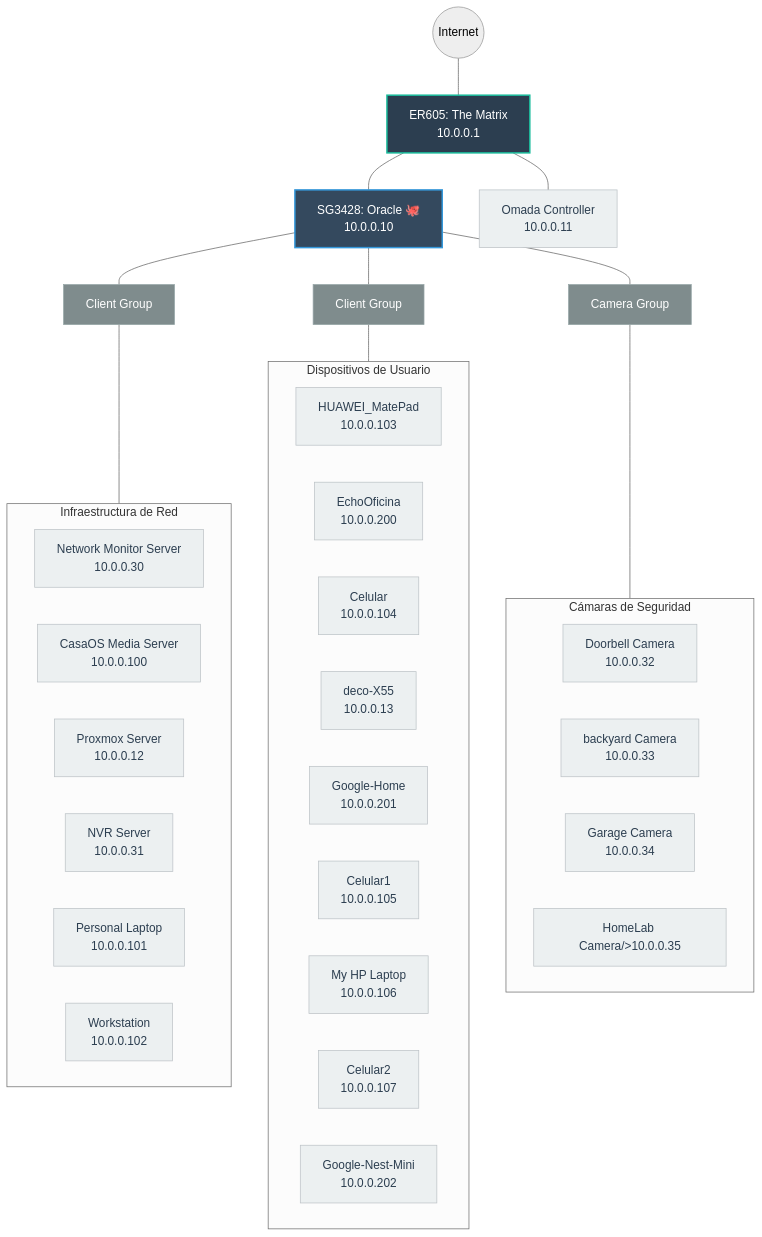
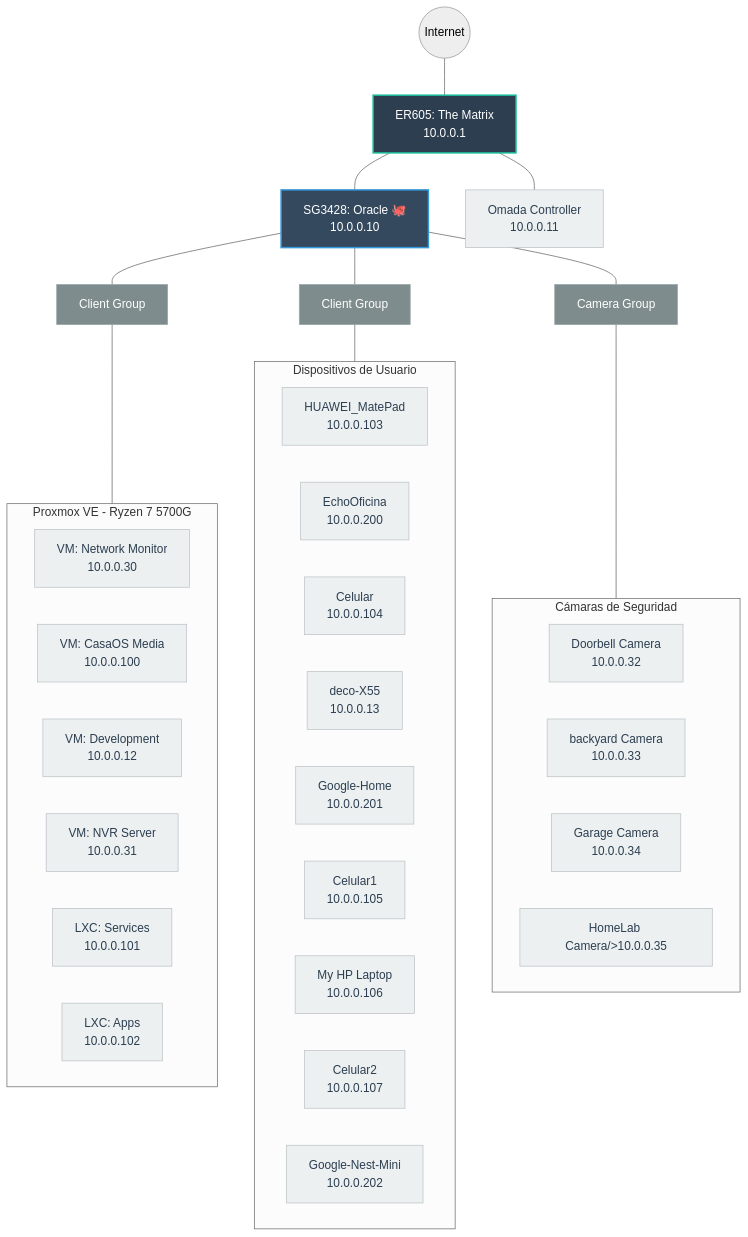
Before and after one commit to devlewiso/homelab-architecture: the diagram in diagrams/network-topology.mmd, drawn with Mermaid (neutral theme). The commit also changed 1 other file, not shown here.

Commit message:
Subiendo arquitectura v2 proxmox head updated

```diff
--- a/diagrams/network-topology.mmd
+++ b/diagrams/network-topology.mmd
@@ -1,56 +1,56 @@
 %% Archivo: diagrams/network-topology.mmd
 %% Descripción: Topología física de red del homelab
 %% Basado en la infraestructura real con The Matrix (ER605) como router principal
 
 graph TD
     %% Estilos de hardware Omada
     classDef router fill:#2c3e50,stroke:#1abc9c,stroke-width:2px,color:#fff
     classDef switch fill:#34495e,stroke:#3498db,stroke-width:2px,color:#fff
     classDef device fill:#ecf0f1,stroke:#bdc3c7,color:#2c3e50
     classDef group fill:#7f8c8d,stroke:#95a5a6,color:#fff
 
     %% Nivel de Entrada
     WAN1((Internet)) --- TheMatrix["ER605: The Matrix<br/>10.0.0.1"]:::router
 
     %% Distribución Core
     TheMatrix --- Oracle["SG3428: Oracle 🐙<br/>10.0.0.10"]:::switch
     TheMatrix --- Controller["Omada Controller<br/>10.0.0.11"]:::device
 
     %% Grupos de Red
     Oracle --- ClientGroup1[Client Group]:::group
     Oracle --- ClientGroup2[Client Group]:::group
     Oracle --- CameraGroup[Camera Group]:::group
 
-    %% Dispositivos - Client Group (Rama 1 - Infraestructura)
-    subgraph Clients_A [Infraestructura de Red]
-        S1["Network Monitor Server<br/>10.0.0.30"]:::device
-        S2["CasaOS Media Server<br/>10.0.0.100"]:::device
-        S3["Proxmox Server<br/>10.0.0.12"]:::device
-        S4["NVR Server<br/>10.0.0.31"]:::device
-        S5["Personal Laptop<br/>10.0.0.101"]:::device
-        S6["Workstation<br/>10.0.0.102"]:::device
+    %% Dispositivos - Client Group (Rama 1 - Proxmox VE)
+    subgraph Clients_A [Proxmox VE - Ryzen 7 5700G]
+        S1["VM: Network Monitor<br/>10.0.0.30"]:::device
+        S2["VM: CasaOS Media<br/>10.0.0.100"]:::device
+        S3["VM: Development<br/>10.0.0.12"]:::device
+        S4["VM: NVR Server<br/>10.0.0.31"]:::device
+        S5["LXC: Services<br/>10.0.0.101"]:::device
+        S6["LXC: Apps<br/>10.0.0.102"]:::device
     end
     ClientGroup1 --- Clients_A
 
     %% Dispositivos - Client Group (Rama WiFi/Personal)
     subgraph Clients_B [Dispositivos de Usuario]
         D1["HUAWEI_MatePad<br/>10.0.0.103"]:::device
         D2["EchoOficina<br/>10.0.0.200"]:::device
         D3["Celular<br/>10.0.0.104"]:::device
         D4["deco-X55<br/>10.0.0.13"]:::device
         D5["Google-Home<br/>10.0.0.201"]:::device
         D6["Celular1<br/>10.0.0.105"]:::device
         D7["My HP Laptop<br/>10.0.0.106"]:::device
         D8["Celular2<br/>10.0.0.107"]:::device
         D9["Google-Nest-Mini<br/>10.0.0.202"]:::device
     end
     ClientGroup2 --- Clients_B
 
     %% Dispositivos - Camera Group (EZVIZ)
     subgraph Cameras [Cámaras de Seguridad]
         C1["Doorbell Camera<br/>10.0.0.32"]:::device
         C2["backyard Camera<br/>10.0.0.33"]:::device
         C3["Garage Camera<br/>10.0.0.34"]:::device
         C4["HomeLab Camera/>10.0.0.35"]:::device
     end
     CameraGroup --- Cameras
```
